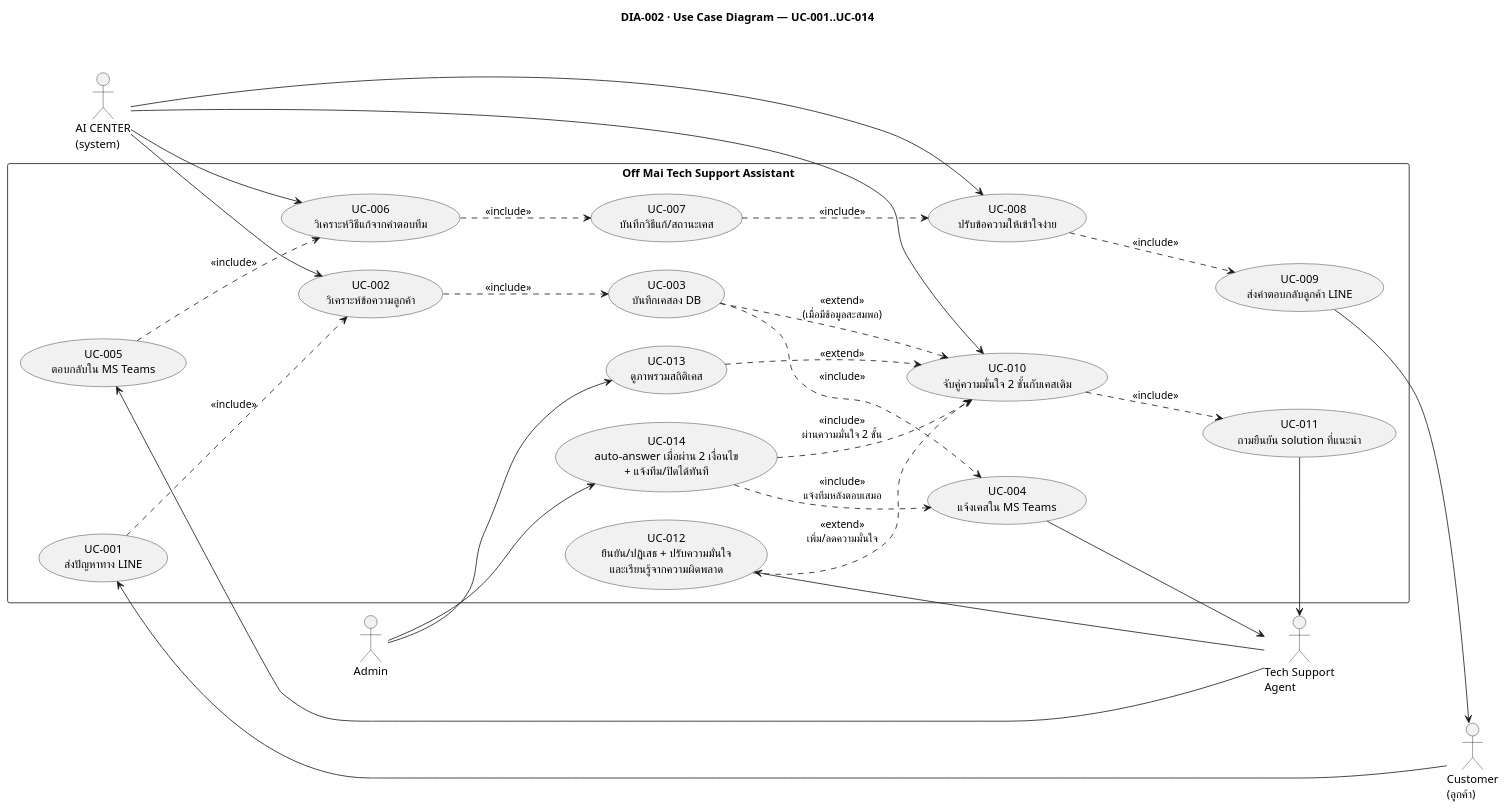
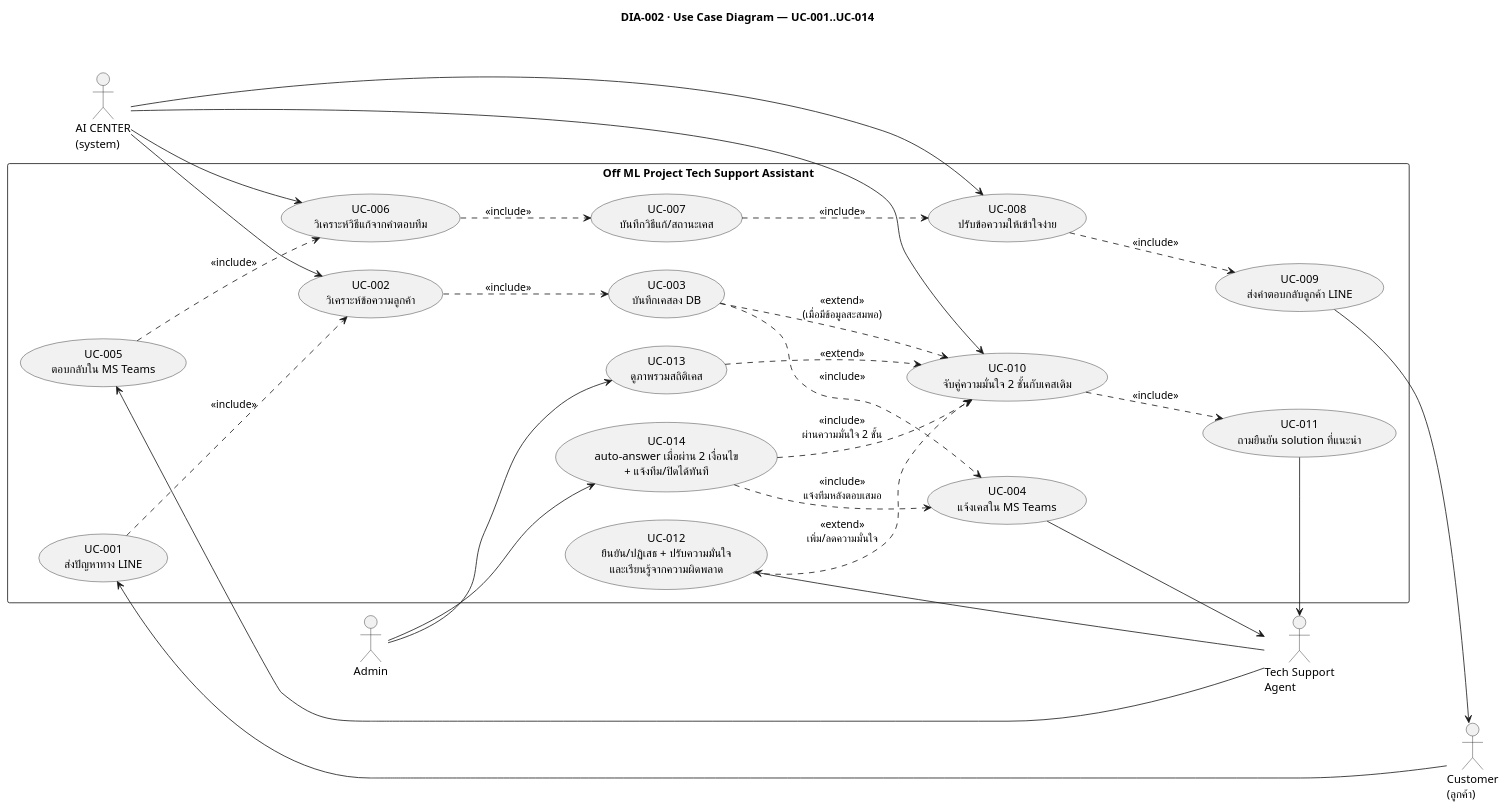
One commit to develyst1/the-off-ml-project-requirement changed the diagram in diagrams/02-usecases.puml. Above: the diagram before and after it, drawn with PlantUML. The commit also changed 8 other files, not shown here.

```diff
--- a/diagrams/02-usecases.puml
+++ b/diagrams/02-usecases.puml
@@ -1,57 +1,57 @@
 @startuml 02-usecases
 title DIA-002 · Use Case Diagram — UC-001..UC-014
 skinparam shadowing false
 left to right direction
 
 actor "Customer\n(ลูกค้า)" as Customer
 actor "Tech Support\nAgent" as Tech
 actor "Admin" as Admin
 actor "AI CENTER\n(system)" as AI
 
-rectangle "Off Mai Tech Support Assistant" {
+rectangle "Off ML Project Tech Support Assistant" {
   usecase "UC-001\nส่งปัญหาทาง LINE" as UC1
   usecase "UC-002\nวิเคราะห์ข้อความลูกค้า" as UC2
   usecase "UC-003\nบันทึกเคสลง DB" as UC3
   usecase "UC-004\nแจ้งเคสใน MS Teams" as UC4
   usecase "UC-005\nตอบกลับใน MS Teams" as UC5
   usecase "UC-006\nวิเคราะห์วิธีแก้จากคำตอบทีม" as UC6
   usecase "UC-007\nบันทึกวิธีแก้/สถานะเคส" as UC7
   usecase "UC-008\nปรับข้อความให้เข้าใจง่าย" as UC8
   usecase "UC-009\nส่งคำตอบกลับลูกค้า LINE" as UC9
   usecase "UC-010\nจับคู่ความมั่นใจ 2 ชั้นกับเคสเดิม" as UC10
   usecase "UC-011\nถามยืนยัน solution ที่แนะนำ" as UC11
   usecase "UC-012\nยืนยัน/ปฏิเสธ + ปรับความมั่นใจ\nและเรียนรู้จากความผิดพลาด" as UC12
   usecase "UC-013\nดูภาพรวมสถิติเคส" as UC13
   usecase "UC-014\nauto-answer เมื่อผ่าน 2 เงื่อนไข\n+ แจ้งทีม/ปิดได้ทันที" as UC14
 }
 
 Customer --> UC1
 UC1 ..> UC2 : <<include>>
 UC2 ..> UC3 : <<include>>
 UC3 ..> UC4 : <<include>>
 Tech --> UC5
 UC4 --> Tech
 UC5 ..> UC6 : <<include>>
 UC6 ..> UC7 : <<include>>
 UC7 ..> UC8 : <<include>>
 UC8 ..> UC9 : <<include>>
 UC9 --> Customer
 
 AI --> UC2
 AI --> UC6
 AI --> UC8
 AI --> UC10
 
 UC3 ..> UC10 : <<extend>>\n(เมื่อมีข้อมูลสะสมพอ)
 UC10 ..> UC11 : <<include>>
 Tech --> UC12
 UC11 --> Tech
 UC12 ..> UC10 : <<extend>>\nเพิ่ม/ลดความมั่นใจ
 UC14 ..> UC10 : <<include>>\nผ่านความมั่นใจ 2 ชั้น
 UC14 ..> UC4 : <<include>>\nแจ้งทีมหลังตอบเสมอ
 
 Admin --> UC13
 Admin --> UC14
 UC13 ..> UC10 : <<extend>>
 
 @enduml
```
